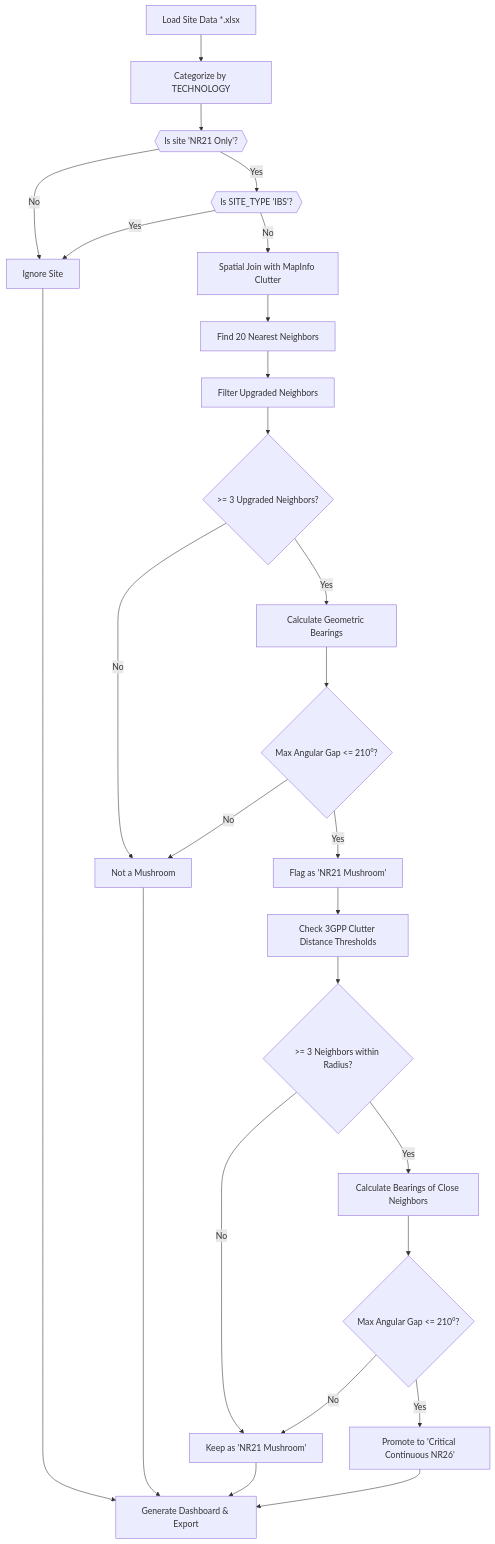
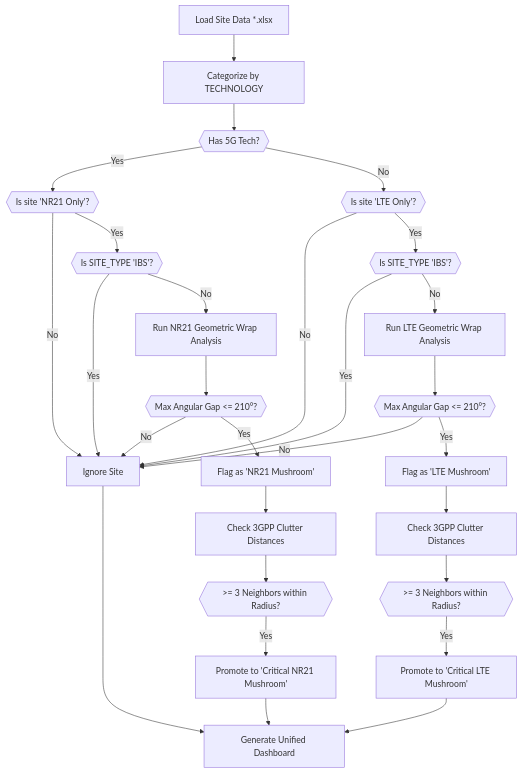
The diagram in README.md (rifkirusandi/MushroomNR_Analysis), drawn with Mermaid before and after one commit. The commit also changed other lines of this file and 1 other file, not shown here.

Commit message:
feat: unified LTE and NR spatial analysis architecture

````diff
--- a/README.md
+++ b/README.md
@@ -9,36 +9,37 @@
 ```mermaid
 flowchart TD
     A[Load Site Data *.xlsx] --> B[Categorize by TECHNOLOGY]
-    B --> C{{Is site 'NR21 Only'?}}
-    C -- No --> D[Ignore Site]
-    C -- Yes --> IBS{{Is SITE_TYPE 'IBS'?}}
-    IBS -- Yes --> D
-    IBS -- No --> E[Spatial Join with MapInfo Clutter]
+    B --> C{{Has 5G Tech?}}
+    C -- Yes --> D{{Is site 'NR21 Only'?}}
+    C -- No --> E{{Is site 'LTE Only'?}}
     
-    E --> F[Find 20 Nearest Neighbors]
-    F --> G[Filter Upgraded Neighbors]
-    G --> H{>= 3 Upgraded Neighbors?}
+    D -- No --> I[Ignore Site]
+    D -- Yes --> IBS1{{Is SITE_TYPE 'IBS'?}}
+    IBS1 -- Yes --> I
+    IBS1 -- No --> MUSH_NR[Run NR21 Geometric Wrap Analysis]
     
-    H -- No --> I[Not a Mushroom]
-    H -- Yes --> J[Calculate Geometric Bearings]
+    E -- No --> I
+    E -- Yes --> IBS2{{Is SITE_TYPE 'IBS'?}}
+    IBS2 -- Yes --> I
+    IBS2 -- No --> MUSH_LTE[Run LTE Geometric Wrap Analysis]
     
-    J --> K{Max Angular Gap <= 210°?}
+    MUSH_NR --> TEST_NR{{Max Angular Gap <= 210°?}}
+    TEST_NR -- No --> I
+    TEST_NR -- Yes --> FLAG_NR[Flag as 'NR21 Mushroom']
     
-    K -- No --> I
-    K -- Yes --> L[Flag as 'NR21 Mushroom']
+    MUSH_LTE --> TEST_LTE{{Max Angular Gap <= 210°?}}
+    TEST_LTE -- No --> I
+    TEST_LTE -- Yes --> FLAG_LTE[Flag as 'LTE Mushroom']
     
-    L --> M[Check 3GPP Clutter Distance Thresholds]
-    M --> N{>= 3 Neighbors within Radius?}
+    FLAG_NR --> CLUTTER_NR[Check 3GPP Clutter Distances]
+    CLUTTER_NR --> CRIT_NR{{>= 3 Neighbors within Radius?}}
+    CRIT_NR -- Yes --> PROMOTE_NR[Promote to 'Critical NR21 Mushroom']
     
-    N -- No --> O[Keep as 'NR21 Mushroom']
-    N -- Yes --> P[Calculate Bearings of Close Neighbors]
+    FLAG_LTE --> CLUTTER_LTE[Check 3GPP Clutter Distances]
+    CLUTTER_LTE --> CRIT_LTE{{>= 3 Neighbors within Radius?}}
+    CRIT_LTE -- Yes --> PROMOTE_LTE[Promote to 'Critical LTE Mushroom']
     
-    P --> Q{Max Angular Gap <= 210°?}
-    Q -- No --> O
-    Q -- Yes --> R[Promote to 'Critical Continuous NR26']
-    
-    R --> S[Generate Dashboard & Export]
-    O --> S
-    I --> S
-    D --> S
+    PROMOTE_NR --> DASH[Generate Unified Dashboard]
+    PROMOTE_LTE --> DASH
+    I --> DASH
 ```
````
